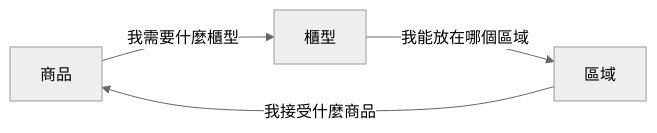
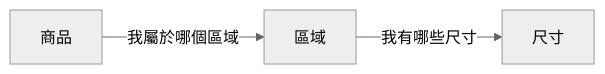
The first of 2 diagrams in content/posts/2026-02-20-self-describing-modules.md (qadk/qadk.github.io), drawn with Mermaid (neutral theme) before and after one commit. The commit also changed other lines of this file, not shown here.

````diff
--- a/content/posts/2026-02-20-self-describing-modules.md
+++ b/content/posts/2026-02-20-self-describing-modules.md
@@ -19,6 +19,5 @@
 ```mermaid
 graph LR
-    P[商品] -->|我需要什麼櫃型| S[櫃型]
-    S -->|我能放在哪個區域| Z[區域]
-    Z -->|我接受什麼商品| P
+    P[商品] -->|我屬於哪個區域| Z[區域]
+    Z -->|我有哪些尺寸| S[尺寸]
 ```
````
